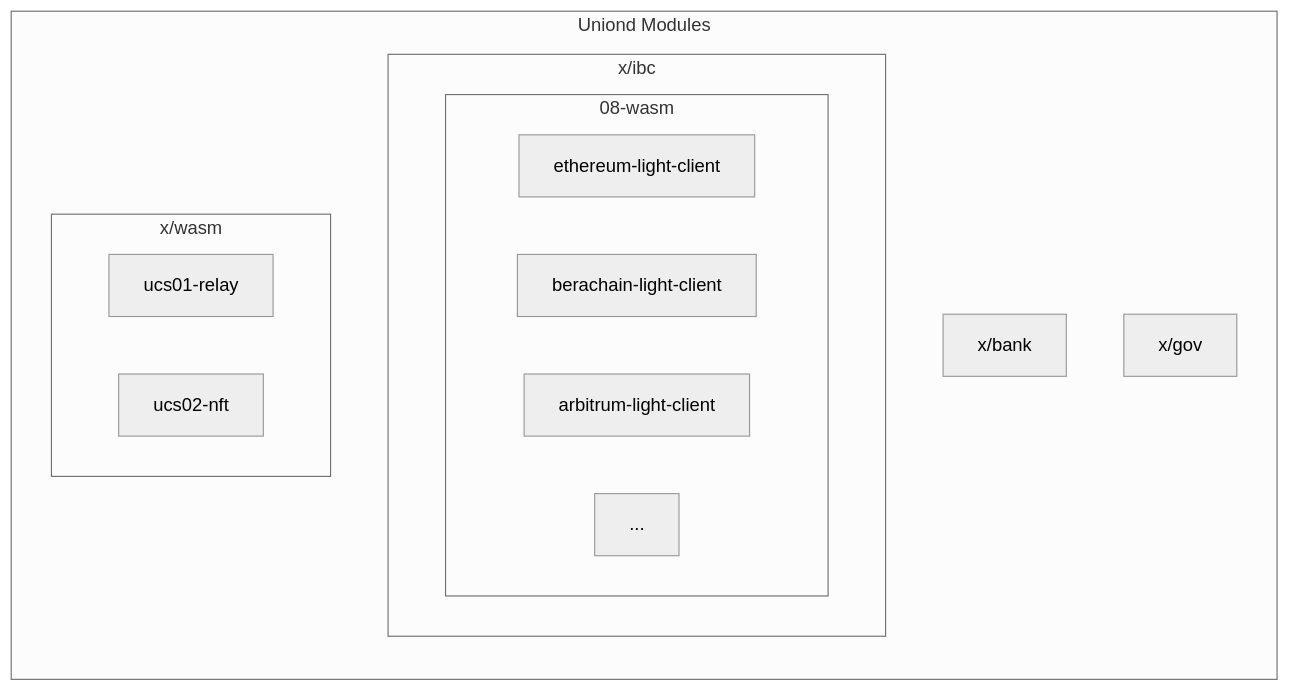
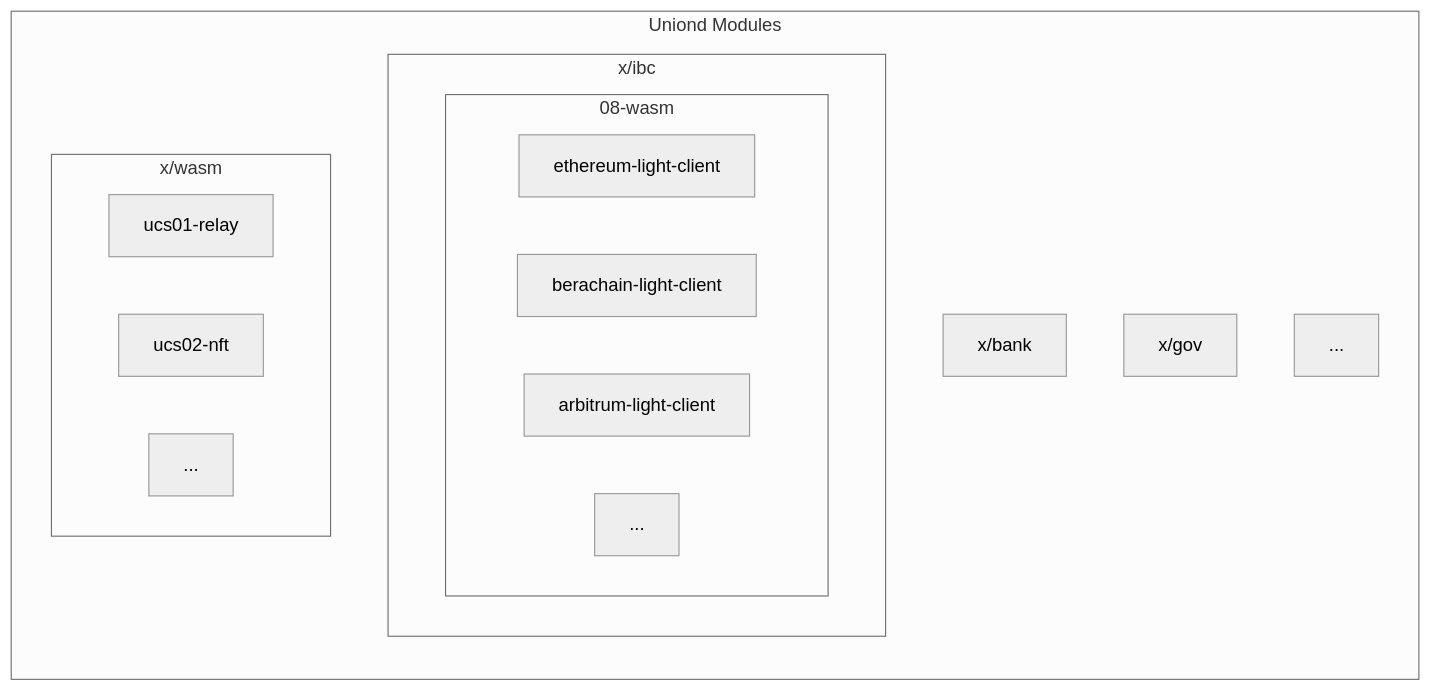
The diagram in uniond/README.md (unionlabs/union), drawn with Mermaid (neutral theme) before and after one commit.

Commit message:
fix(uniond): display ... attempt 2

````diff
--- a/uniond/README.md
+++ b/uniond/README.md
@@ -31,21 +31,21 @@
 ```mermaid
 graph LR
     subgraph Uniond Modules
         x/bank
         x/gov
         subgraph x/ibc
           subgraph 08-wasm
             ethereum-light-client["ethereum-light-client"]
             berachain-light-client["berachain-light-client"]
             arbitrum-light-client["arbitrum-light-client"]
-            ...[...]
+            etc1[...]
           end
         end
         subgraph x/wasm
           ucs01-relay["ucs01-relay"]
           ucs02-nft["ucs02-nft"]
-          ...[...]
+          etc2[...]
         end
-        ...[...]
+        etc3[...]
     end
 ```
````
